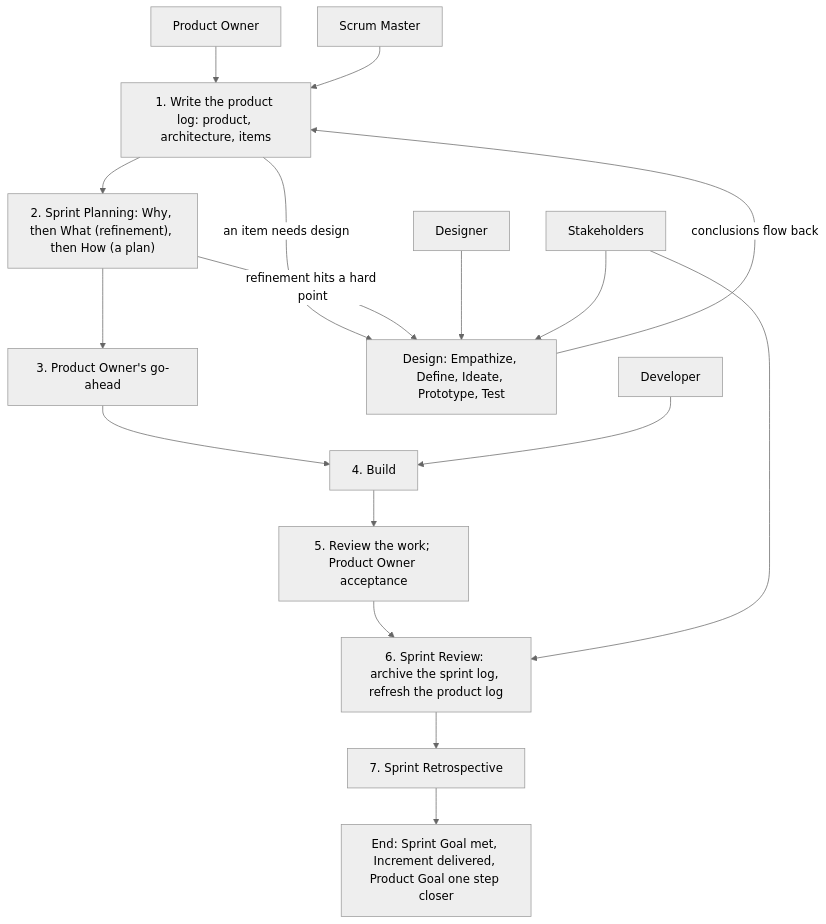
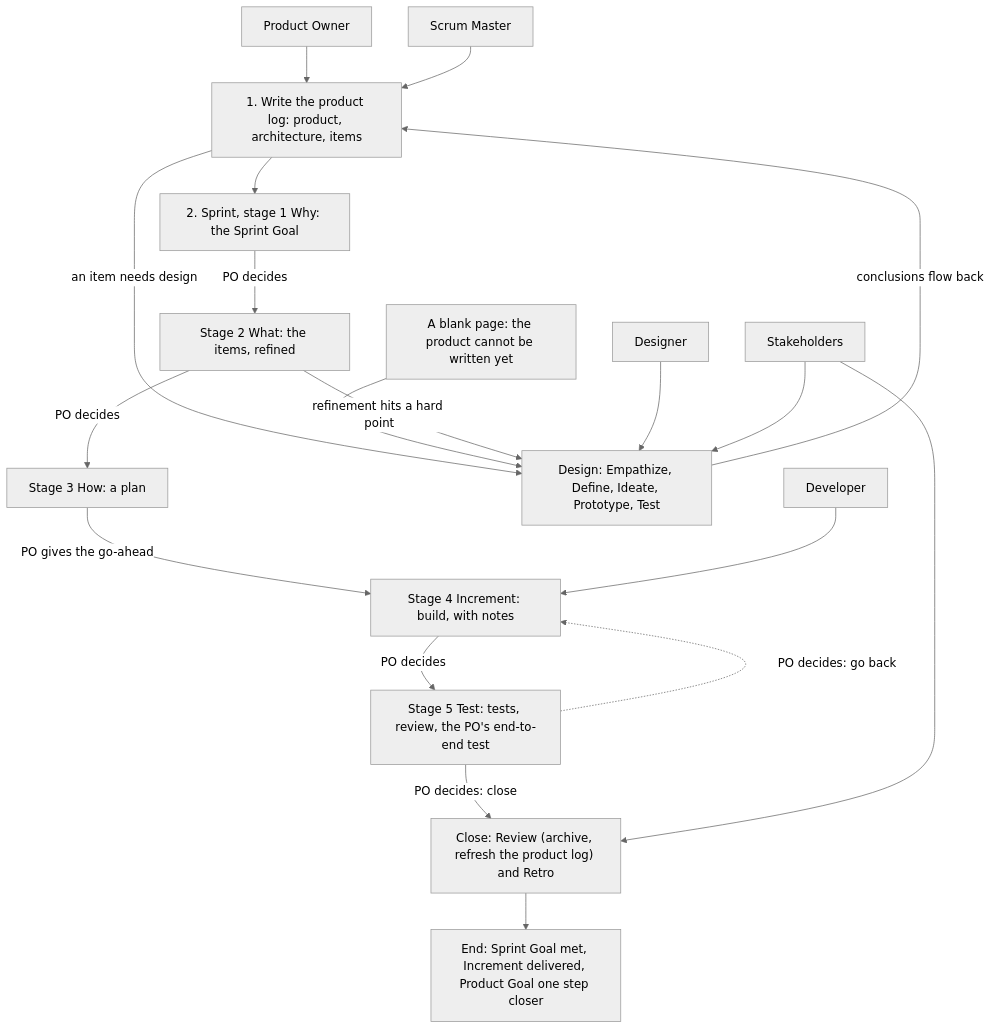
Before and after one commit to seapawn1/IDEO-Scrum: the diagram in plugins/ideo-scrum/skills/scrum-kernel/overview.md, drawn with Mermaid (neutral theme). The commit also changed other lines of this file and 3 other files, not shown here.

First line of the commit message:
feat(PBI-49): scrum 这边的修订稿——overview、product-log、sprint-log、分工一节（条号还没重排）

````diff
--- a/plugins/ideo-scrum/skills/scrum-kernel/overview.md
+++ b/plugins/ideo-scrum/skills/scrum-kernel/overview.md
@@ -14,24 +14,26 @@
 ```mermaid
 flowchart TD
     PO["Product Owner"]
     SM["Scrum Master"]
     DEV["Developer"]
     DES["Designer"]
     SH["Stakeholders"]
     PO --> A["1. Write the product log: product, architecture, items"]
     SM --> A
-    A --> B["2. Sprint Planning: Why, then What (refinement), then How (a plan)"]
     A -- "an item needs design" --> X["Design: Empathize, Define, Ideate, Prototype, Test"]
-    B -- "refinement hits a hard point" --> X
+    BP["A blank page: the product cannot be written yet"] --> X
+    A --> S1["2. Sprint, stage 1 Why: the Sprint Goal"]
+    S1 -- "PO decides" --> S2["Stage 2 What: the items, refined"]
+    S2 -- "refinement hits a hard point" --> X
+    S2 -- "PO decides" --> S3["Stage 3 How: a plan"]
+    S3 -- "PO gives the go-ahead" --> S4["Stage 4 Increment: build, with notes"]
+    DEV --> S4
+    S4 -- "PO decides" --> S5["Stage 5 Test: tests, review, the PO's end-to-end test"]
+    S5 -. "PO decides: go back" .-> S4
+    S5 -- "PO decides: close" --> V["Close: Review (archive, refresh the product log) and Retro"]
     DES --> X
     SH --> X
+    SH --> V
     X -- "conclusions flow back" --> A
-    B --> G["3. Product Owner's go-ahead"]
-    G --> W["4. Build"]
-    DEV --> W
-    W --> R["5. Review the work; Product Owner acceptance"]
-    R --> V["6. Sprint Review: archive the sprint log, refresh the product log"]
-    SH --> V
-    V --> T["7. Sprint Retrospective"]
-    T --> E["End: Sprint Goal met, Increment delivered, Product Goal one step closer"]
+    V --> E["End: Sprint Goal met, Increment delivered, Product Goal one step closer"]
 ```
````
